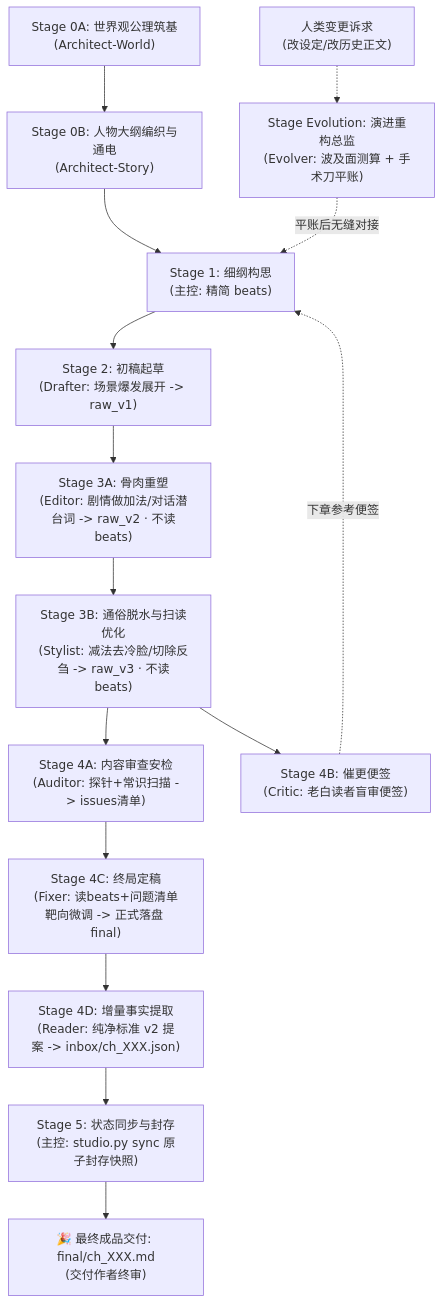
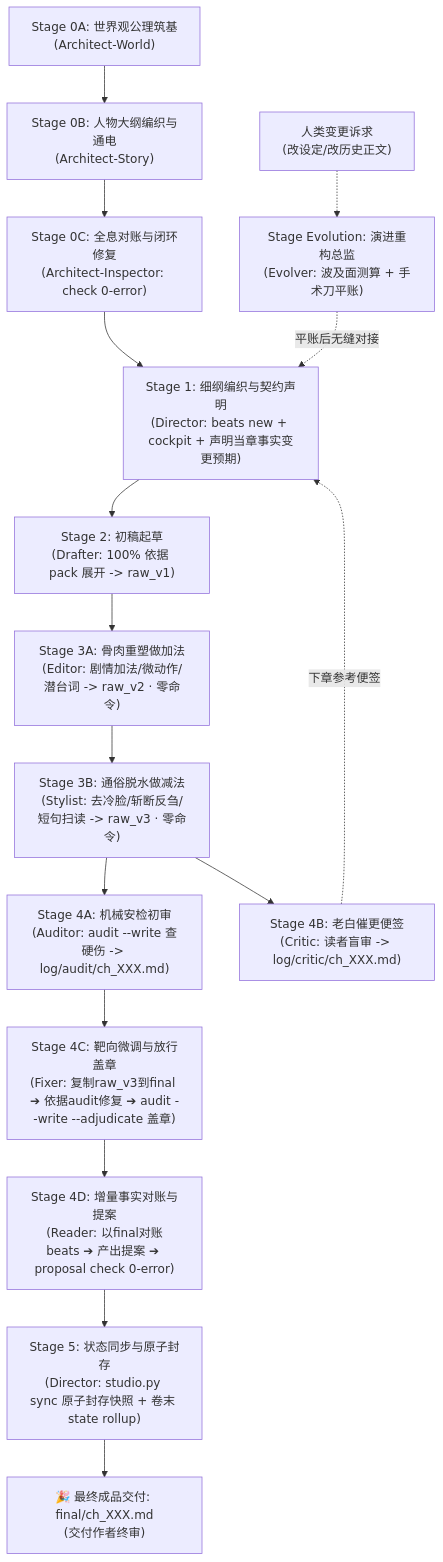
One commit to cg110902/NOVEL changed the diagram in AGENTS.md. Above: the diagram before and after it, drawn with Mermaid. The commit also changed other lines of this file and 42 other files, not shown here.

````diff
--- a/AGENTS.md
+++ b/AGENTS.md
@@ -86,18 +79,19 @@
 ```mermaid
 graph TD
     S0A["Stage 0A: 世界观公理筑基<br/>(Architect-World)"] --> S0B["Stage 0B: 人物大纲编织与通电<br/>(Architect-Story)"]
-    S0B --> S1["Stage 1: 细纲构思<br/>(主控: 精简 beats)"]
-    S1 --> S2["Stage 2: 初稿起草<br/>(Drafter: 场景爆发展开 -> raw_v1)"]
-    S2 --> S3A["Stage 3A: 骨肉重塑<br/>(Editor: 剧情做加法/对话潜台词 -> raw_v2 · 不读beats)"]
-    S3A --> S3B["Stage 3B: 通俗脱水与扫读优化<br/>(Stylist: 减法去冷脸/切除反刍 -> raw_v3 · 不读beats)"]
-    S3B --> S4A["Stage 4A: 内容审查安检<br/>(Auditor: 探针+常识扫描 -> issues清单)"]
-    S3B --> S4B["Stage 4B: 催更便签<br/>(Critic: 老白读者盲审便签)"]
-    S4A --> S4C["Stage 4C: 终局定稿<br/>(Fixer: 读beats+问题清单靶向微调 -> 正式落盘 final)"]
-    S4C --> S4D["Stage 4D: 增量事实提取<br/>(Reader: 纯净标准 v2 提案 -> inbox/ch_XXX.json)"]
-    S4D --> S5["Stage 5: 状态同步与封存<br/>(主控: studio.py sync 原子封存快照)"]
+    S0B --> S0C["Stage 0C: 全息对账与闭环修复<br/>(Architect-Inspector: check 0-error)"]
+    S0C --> S1["Stage 1: 细纲编织与契约声明<br/>(Director: beats new + cockpit + 声明当章事实变更预期)"]
+    S1 --> S2["Stage 2: 初稿起草<br/>(Drafter: 100% 依据 pack 展开 -> raw_v1)"]
+    S2 --> S3A["Stage 3A: 骨肉重塑做加法<br/>(Editor: 剧情加法/微动作/潜台词 -> raw_v2 · 零命令)"]
+    S3A --> S3B["Stage 3B: 通俗脱水做减法<br/>(Stylist: 去冷脸/斩断反刍/短句扫读 -> raw_v3 · 零命令)"]
+    S3B --> S4A["Stage 4A: 机械安检初审<br/>(Auditor: audit --write 查硬伤 -> log/audit/ch_XXX.md)"]
+    S3B --> S4B["Stage 4B: 老白催更便签<br/>(Critic: 读者盲审 -> log/critic/ch_XXX.md)"]
+    S4A --> S4C["Stage 4C: 靶向微调与放行盖章<br/>(Fixer: 复制raw_v3到final ➔ 依据audit修复 ➔ audit --write --adjudicate 盖章)"]
+    S4C --> S4D["Stage 4D: 增量事实对账与提案<br/>(Reader: 以final对账beats ➔ 产出提案 ➔ proposal check 0-error)"]
+    S4D --> S5["Stage 5: 状态同步与原子封存<br/>(Director: studio.py sync 原子封存快照 + 卷末 state rollup)"]
     S5 --> S6["🎉 最终成品交付: final/ch_XXX.md<br/>(交付作者终审)"]
     S4B -. "下章参考便签" .-> S1
 
     UserChange["人类变更诉求<br/>(改设定/改历史正文)"] -.-> SEvolution["Stage Evolution: 演进重构总监<br/>(Evolver: 波及面测算 + 手术刀平账)"]
     SEvolution -. "平账后无缝对接" .-> S1
 ```
````
